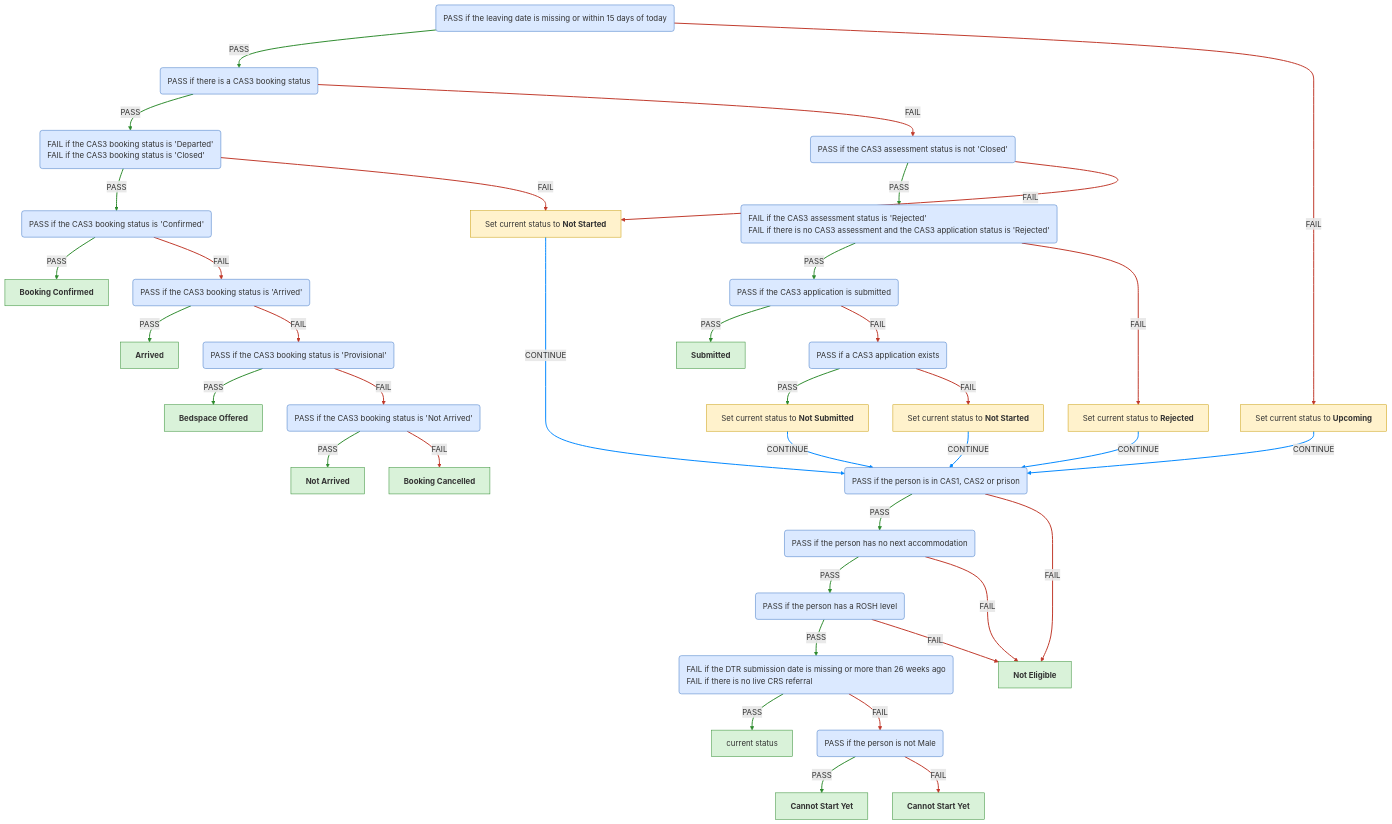
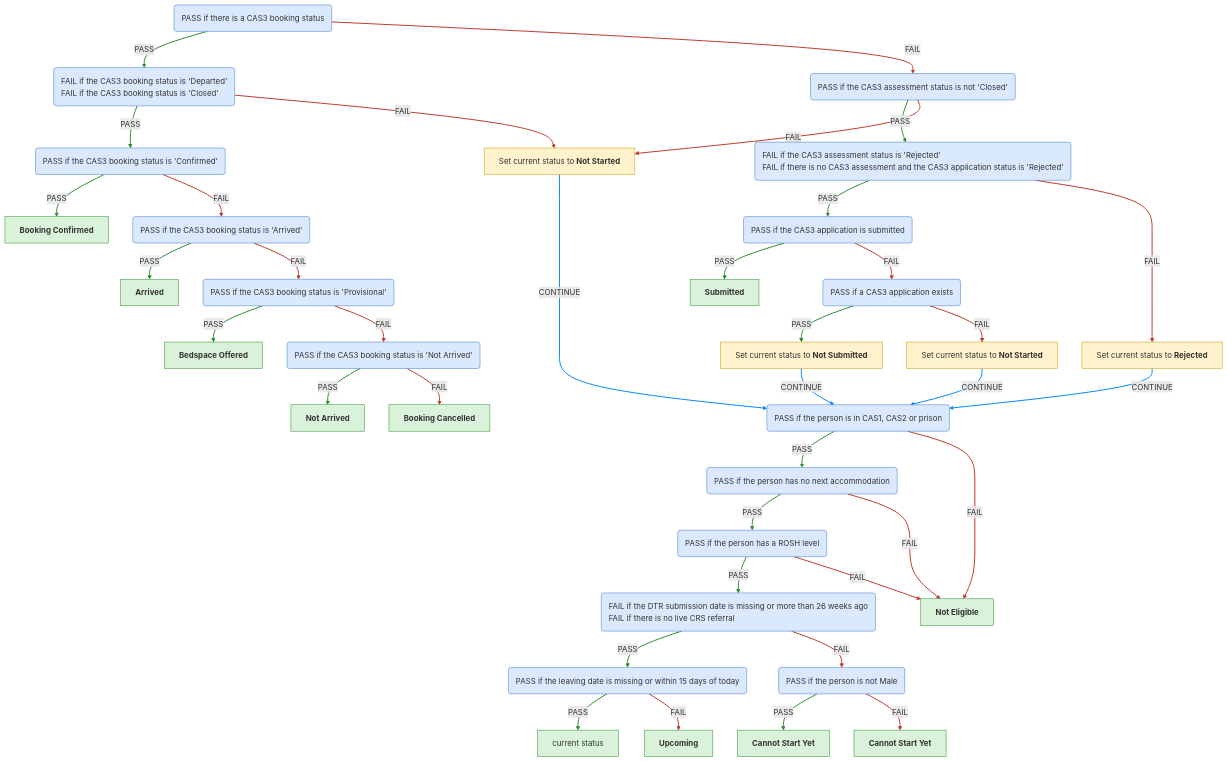
The third of 7 diagrams in docs/eligibility-rules-graph.md (ministryofjustice/hmpps-single-accommodation-service-api), drawn with Mermaid before and after one commit. The commit also changed other lines of this file and 26 other files, not shown here.

````diff
--- a/docs/eligibility-rules-graph.md
+++ b/docs/eligibility-rules-graph.md
@@ -450,7 +448,6 @@
 ```mermaid
 %%{init: {"flowchart": {"wrappingWidth": 800}}}%%
 flowchart TD
-  PASS_if_the_leaving_date_is_missing_or_within_15_days_of_today("<div style='text-align:left'>PASS if the leaving date is missing or within 15 days of today</div>")
   PASS_if_there_is_a_CAS3_booking_status("<div style='text-align:left'>PASS if there is a CAS3 booking status</div>")
   PASS_if_the_CAS3_booking_status_is_not__Departed__or__Closed_("<div style='text-align:left'>FAIL if the CAS3 booking status is 'Departed'
 FAIL if the CAS3 booking status is 'Closed'</div>")
@@ -468,7 +465,9 @@
   PASS_if_the_person_has_a_ROSH_level("<div style='text-align:left'>PASS if the person has a ROSH level</div>")
   PASS_if_the_DTR_was_submitted_in_the_last_26_weeks_and_there_is_a_live_CRS_referral("<div style='text-align:left'>FAIL if the DTR submission date is missing or more than 26 weeks ago
 FAIL if there is no live CRS referral</div>")
+  PASS_if_the_leaving_date_is_missing_or_within_15_days_of_today("<div style='text-align:left'>PASS if the leaving date is missing or within 15 days of today</div>")
   confirmed["current status"]
+  outcome_Cas3UpcomingContextUpdater["<b>Upcoming</b>"]
   PASS_if_the_person_is_not_Male("<div style='text-align:left'>PASS if the person is not Male</div>")
   outcome_Cas3CannotStartNotMaleContextUpdater["<b>Cannot Start Yet</b>"]
   outcome_Cas3CannotStartMaleContextUpdater["<b>Cannot Start Yet</b>"]
@@ -483,7 +482,6 @@
   updater_Cas3NotSubmittedContextUpdater_PASS_if_the_person_is_in_CAS1__CAS2_or_prison["Set current status to <b>Not Submitted</b>"]
   updater_Cas3NotStartedContextUpdater_PASS_if_the_person_is_in_CAS1__CAS2_or_prison["Set current status to <b>Not Started</b>"]
   updater_Cas3RejectedContextUpdater_PASS_if_the_person_is_in_CAS1__CAS2_or_prison["Set current status to <b>Rejected</b>"]
-  updater_Cas3UpcomingContextUpdater_PASS_if_the_person_is_in_CAS1__CAS2_or_prison["Set current status to <b>Upcoming</b>"]
   PASS_if_the_CAS3_booking_status_is__Confirmed_ -->|PASS| CAS3_BOOKING_CONFIRMED
   PASS_if_the_CAS3_booking_status_is__Arrived_ -->|PASS| CAS3_ARRIVED
   PASS_if_the_CAS3_booking_status_is__Provisional_ -->|PASS| CAS3_BEDSPACE_OFFERED
@@ -493,7 +491,9 @@
   PASS_if_the_CAS3_booking_status_is__Arrived_ -->|FAIL| PASS_if_the_CAS3_booking_status_is__Provisional_
   PASS_if_the_CAS3_booking_status_is__Confirmed_ -->|FAIL| PASS_if_the_CAS3_booking_status_is__Arrived_
   PASS_if_the_CAS3_booking_status_is_not__Departed__or__Closed_ -->|PASS| PASS_if_the_CAS3_booking_status_is__Confirmed_
-  PASS_if_the_DTR_was_submitted_in_the_last_26_weeks_and_there_is_a_live_CRS_referral -->|PASS| confirmed
+  PASS_if_the_leaving_date_is_missing_or_within_15_days_of_today -->|PASS| confirmed
+  PASS_if_the_leaving_date_is_missing_or_within_15_days_of_today -->|FAIL| outcome_Cas3UpcomingContextUpdater
+  PASS_if_the_DTR_was_submitted_in_the_last_26_weeks_and_there_is_a_live_CRS_referral -->|PASS| PASS_if_the_leaving_date_is_missing_or_within_15_days_of_today
   PASS_if_the_person_is_not_Male -->|PASS| outcome_Cas3CannotStartNotMaleContextUpdater
   PASS_if_the_person_is_not_Male -->|FAIL| outcome_Cas3CannotStartMaleContextUpdater
   PASS_if_the_DTR_was_submitted_in_the_last_26_weeks_and_there_is_a_live_CRS_referral -->|FAIL| PASS_if_the_person_is_not_Male
@@ -518,16 +518,13 @@
   PASS_if_the_CAS3_assessment_status_is_not__Closed_ -->|PASS| PASS_if_the_CAS3_referral_has_not_been_rejected
   PASS_if_the_CAS3_assessment_status_is_not__Closed_ -->|FAIL| updater_Cas3NotStartedNewContextUpdater_PASS_if_the_person_is_in_CAS1__CAS2_or_prison
   PASS_if_there_is_a_CAS3_booking_status -->|FAIL| PASS_if_the_CAS3_assessment_status_is_not__Closed_
-  PASS_if_the_leaving_date_is_missing_or_within_15_days_of_today -->|PASS| PASS_if_there_is_a_CAS3_booking_status
-  PASS_if_the_leaving_date_is_missing_or_within_15_days_of_today -->|FAIL| updater_Cas3UpcomingContextUpdater_PASS_if_the_person_is_in_CAS1__CAS2_or_prison
-  updater_Cas3UpcomingContextUpdater_PASS_if_the_person_is_in_CAS1__CAS2_or_prison -->|CONTINUE| PASS_if_the_person_is_in_CAS1__CAS2_or_prison
-  linkStyle 0,1,2,3,8,9,10,13,15,17,21,22,23,28,31,34 stroke:#2e8b2e,stroke-width:2px
-  linkStyle 4,5,6,7,11,12,14,16,18,19,25,27,29,32,33,35 stroke:#c0392b,stroke-width:2px
-  linkStyle 20,24,26,30,36 stroke:#0088ff,stroke-width:2px
+  linkStyle 0,1,2,3,8,9,11,12,15,17,19,23,24,25,30,33 stroke:#2e8b2e,stroke-width:2px
+  linkStyle 4,5,6,7,10,13,14,16,18,20,21,27,29,31,34,35 stroke:#c0392b,stroke-width:2px
+  linkStyle 22,26,28,32 stroke:#0088ff,stroke-width:2px
   classDef ruleSetNode fill:#dbe9ff,stroke:#3b73c4,color:#333
   classDef outcomeNode fill:#d9f2d9,stroke:#2e8b2e,color:#333
   classDef updaterNode fill:#fff2cc,stroke:#c99a00,color:#333
-  class PASS_if_the_leaving_date_is_missing_or_within_15_days_of_today,PASS_if_there_is_a_CAS3_booking_status,PASS_if_the_CAS3_booking_status_is_not__Departed__or__Closed_,PASS_if_the_CAS3_booking_status_is__Confirmed_,PASS_if_the_CAS3_booking_status_is__Arrived_,PASS_if_the_CAS3_booking_status_is__Provisional_,PASS_if_the_CAS3_booking_status_is__Not_Arrived_,PASS_if_the_person_is_in_CAS1__CAS2_or_prison,PASS_if_the_person_has_no_next_accommodation,PASS_if_the_person_has_a_ROSH_level,PASS_if_the_DTR_was_submitted_in_the_last_26_weeks_and_there_is_a_live_CRS_referral,PASS_if_the_person_is_not_Male,PASS_if_the_CAS3_assessment_status_is_not__Closed_,PASS_if_the_CAS3_referral_has_not_been_rejected,PASS_if_the_CAS3_application_is_submitted,PASS_if_a_CAS3_application_exists ruleSetNode
-  class CAS3_BOOKING_CONFIRMED,CAS3_ARRIVED,CAS3_BEDSPACE_OFFERED,CAS3_NOT_ARRIVED,CAS3_BOOKING_CANCELLED,confirmed,outcome_Cas3CannotStartNotMaleContextUpdater,outcome_Cas3CannotStartMaleContextUpdater,CAS3_NOT_ELIGIBLE,CAS3_SUBMITTED outcomeNode
-  class updater_Cas3NotStartedNewContextUpdater_PASS_if_the_person_is_in_CAS1__CAS2_or_prison,updater_Cas3NotSubmittedContextUpdater_PASS_if_the_person_is_in_CAS1__CAS2_or_prison,updater_Cas3NotStartedContextUpdater_PASS_if_the_person_is_in_CAS1__CAS2_or_prison,updater_Cas3RejectedContextUpdater_PASS_if_the_person_is_in_CAS1__CAS2_or_prison,updater_Cas3UpcomingContextUpdater_PASS_if_the_person_is_in_CAS1__CAS2_or_prison updaterNode
+  class PASS_if_there_is_a_CAS3_booking_status,PASS_if_the_CAS3_booking_status_is_not__Departed__or__Closed_,PASS_if_the_CAS3_booking_status_is__Confirmed_,PASS_if_the_CAS3_booking_status_is__Arrived_,PASS_if_the_CAS3_booking_status_is__Provisional_,PASS_if_the_CAS3_booking_status_is__Not_Arrived_,PASS_if_the_person_is_in_CAS1__CAS2_or_prison,PASS_if_the_person_has_no_next_accommodation,PASS_if_the_person_has_a_ROSH_level,PASS_if_the_DTR_was_submitted_in_the_last_26_weeks_and_there_is_a_live_CRS_referral,PASS_if_the_leaving_date_is_missing_or_within_15_days_of_today,PASS_if_the_person_is_not_Male,PASS_if_the_CAS3_assessment_status_is_not__Closed_,PASS_if_the_CAS3_referral_has_not_been_rejected,PASS_if_the_CAS3_application_is_submitted,PASS_if_a_CAS3_application_exists ruleSetNode
+  class CAS3_BOOKING_CONFIRMED,CAS3_ARRIVED,CAS3_BEDSPACE_OFFERED,CAS3_NOT_ARRIVED,CAS3_BOOKING_CANCELLED,confirmed,outcome_Cas3UpcomingContextUpdater,outcome_Cas3CannotStartNotMaleContextUpdater,outcome_Cas3CannotStartMaleContextUpdater,CAS3_NOT_ELIGIBLE,CAS3_SUBMITTED outcomeNode
+  class updater_Cas3NotStartedNewContextUpdater_PASS_if_the_person_is_in_CAS1__CAS2_or_prison,updater_Cas3NotSubmittedContextUpdater_PASS_if_the_person_is_in_CAS1__CAS2_or_prison,updater_Cas3NotStartedContextUpdater_PASS_if_the_person_is_in_CAS1__CAS2_or_prison,updater_Cas3RejectedContextUpdater_PASS_if_the_person_is_in_CAS1__CAS2_or_prison updaterNode
 ```
````
